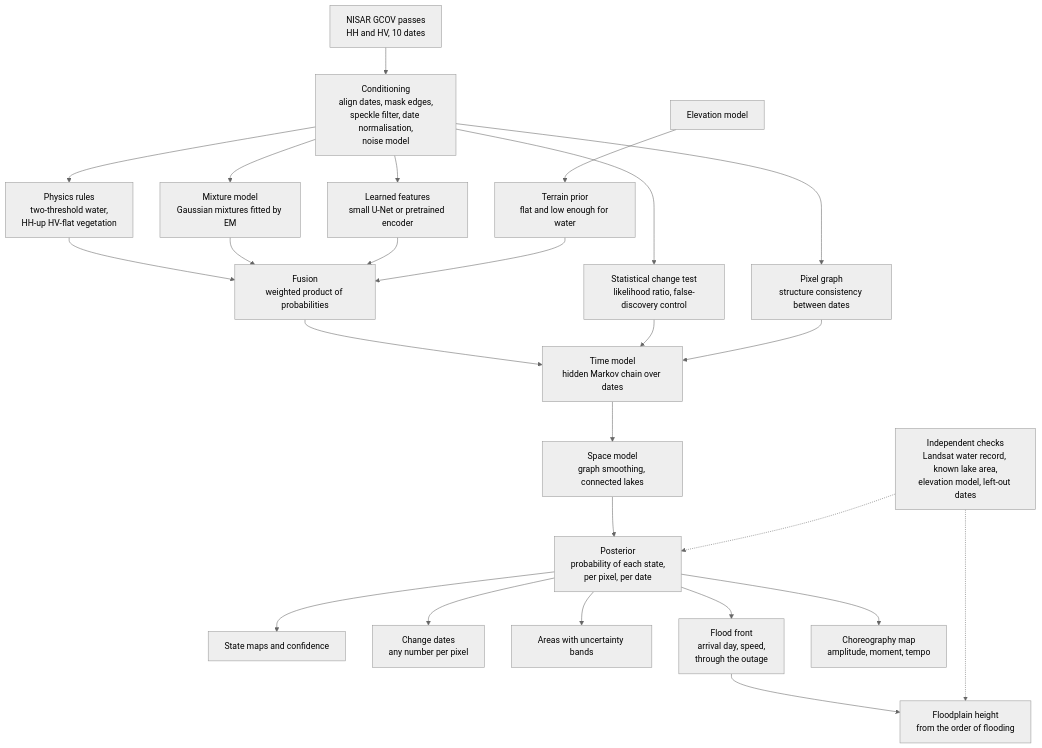
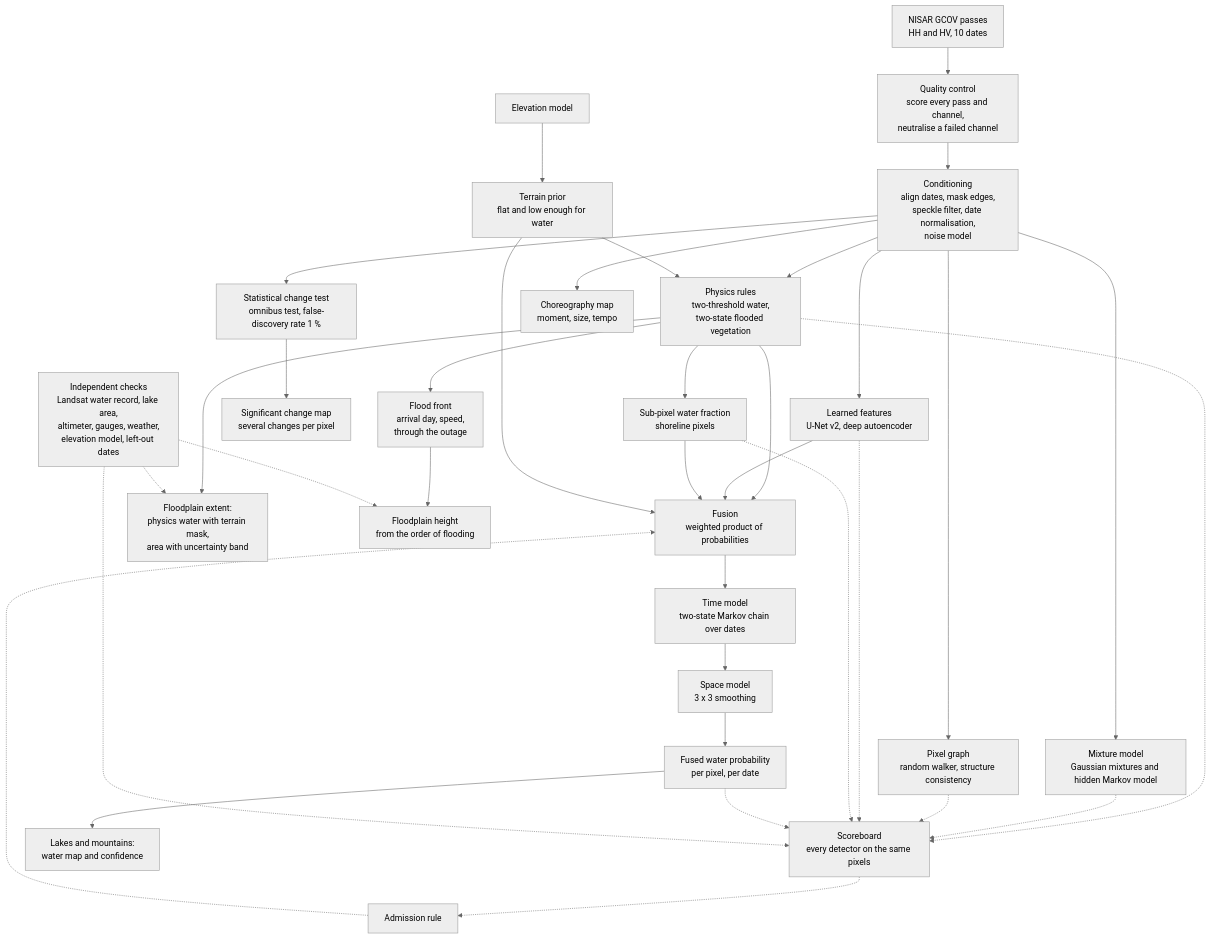
The diagram in docs/ARCHITECTURE.md (Harut200/Nasa-Space-App-Challange-2026), drawn with Mermaid (neutral theme) before and after one commit. The commit also changed other lines of this file and 17 other files, not shown here.

Commit message:
Bring detection and architecture documents up to date; add one-page results summary; legend says rain or wind

````diff
--- a/docs/ARCHITECTURE.md
+++ b/docs/ARCHITECTURE.md
@@ -13,34 +15,43 @@
 ```mermaid
 flowchart TD
-    A[NISAR GCOV passes<br/>HH and HV, 10 dates] --> B[Conditioning<br/>align dates, mask edges,<br/>speckle filter, date normalisation,<br/>noise model]
+    A["NISAR GCOV passes<br/>HH and HV, 10 dates"] --> QC["Quality control<br/>score every pass and channel,<br/>neutralise a failed channel"]
+    QC --> B["Conditioning<br/>align dates, mask edges,<br/>speckle filter, date normalisation,<br/>noise model"]
 
-    B --> E1[Physics rules<br/>two-threshold water,<br/>HH-up HV-flat vegetation]
-    B --> E2[Mixture model<br/>Gaussian mixtures fitted by EM]
-    B --> E3[Statistical change test<br/>likelihood ratio, false-discovery control]
-    B --> E4[Pixel graph<br/>structure consistency between dates]
-    B --> E5[Learned features<br/>small U-Net or pretrained encoder]
+    T["Elevation model"] --> P1["Terrain prior<br/>flat and low enough for water"]
 
-    T[Elevation model] --> P1[Terrain prior<br/>flat and low enough for water]
+    B --> E1["Physics rules<br/>two-threshold water,<br/>two-state flooded vegetation"]
+    P1 --> E1
+    B --> E2["Mixture model<br/>Gaussian mixtures and hidden Markov model"]
+    B --> E3["Statistical change test<br/>omnibus test, false-discovery rate 1 %"]
+    B --> E4["Pixel graph<br/>random walker, structure consistency"]
+    B --> E5["Learned features<br/>U-Net v2, deep autoencoder"]
+    E1 --> E6["Sub-pixel water fraction<br/>shoreline pixels"]
 
-    E1 --> F[Fusion<br/>weighted product of probabilities]
-    E2 --> F
+    E1 --> F["Fusion<br/>weighted product of probabilities"]
     E5 --> F
+    E6 --> F
     P1 --> F
+    F --> H["Time model<br/>two-state Markov chain over dates"]
+    H --> S["Space model<br/>3 x 3 smoothing"]
+    S --> R["Fused water probability<br/>per pixel, per date"]
 
-    F --> H[Time model<br/>hidden Markov chain over dates]
-    E3 --> H
-    E4 --> H
-    H --> S[Space model<br/>graph smoothing, connected lakes]
+    E1 -.-> SB["Scoreboard<br/>every detector on the same pixels"]
+    E2 -.-> SB
+    E4 -.-> SB
+    E5 -.-> SB
+    E6 -.-> SB
+    R -.-> SB
+    SB -.-> AR["Admission rule"]
+    AR -.-> F
 
-    S --> R[Posterior<br/>probability of each state,<br/>per pixel, per date]
+    R --> O1["Lakes and mountains:<br/>water map and confidence"]
+    E1 --> O7["Floodplain extent:<br/>physics water with terrain mask,<br/>area with uncertainty band"]
+    E3 --> O2["Significant change map<br/>several changes per pixel"]
+    E1 --> O4["Flood front<br/>arrival day, speed,<br/>through the outage"]
+    O4 --> O5["Floodplain height<br/>from the order of flooding"]
+    B --> O6["Choreography map<br/>moment, size, tempo"]
 
-    R --> O1[State maps and confidence]
-    R --> O2[Change dates<br/>any number per pixel]
-    R --> O3[Areas with uncertainty bands]
-    R --> O4[Flood front<br/>arrival day, speed,<br/>through the outage]
-    O4 --> O5[Floodplain height<br/>from the order of flooding]
-    R --> O6[Choreography map<br/>amplitude, moment, tempo]
-
-    V[Independent checks<br/>Landsat water record, known lake area,<br/>elevation model, left-out dates] -.-> R
+    V["Independent checks<br/>Landsat water record, lake area,<br/>altimeter, gauges, weather,<br/>elevation model, left-out dates"] -.-> SB
+    V -.-> O7
     V -.-> O5
 ```
````
